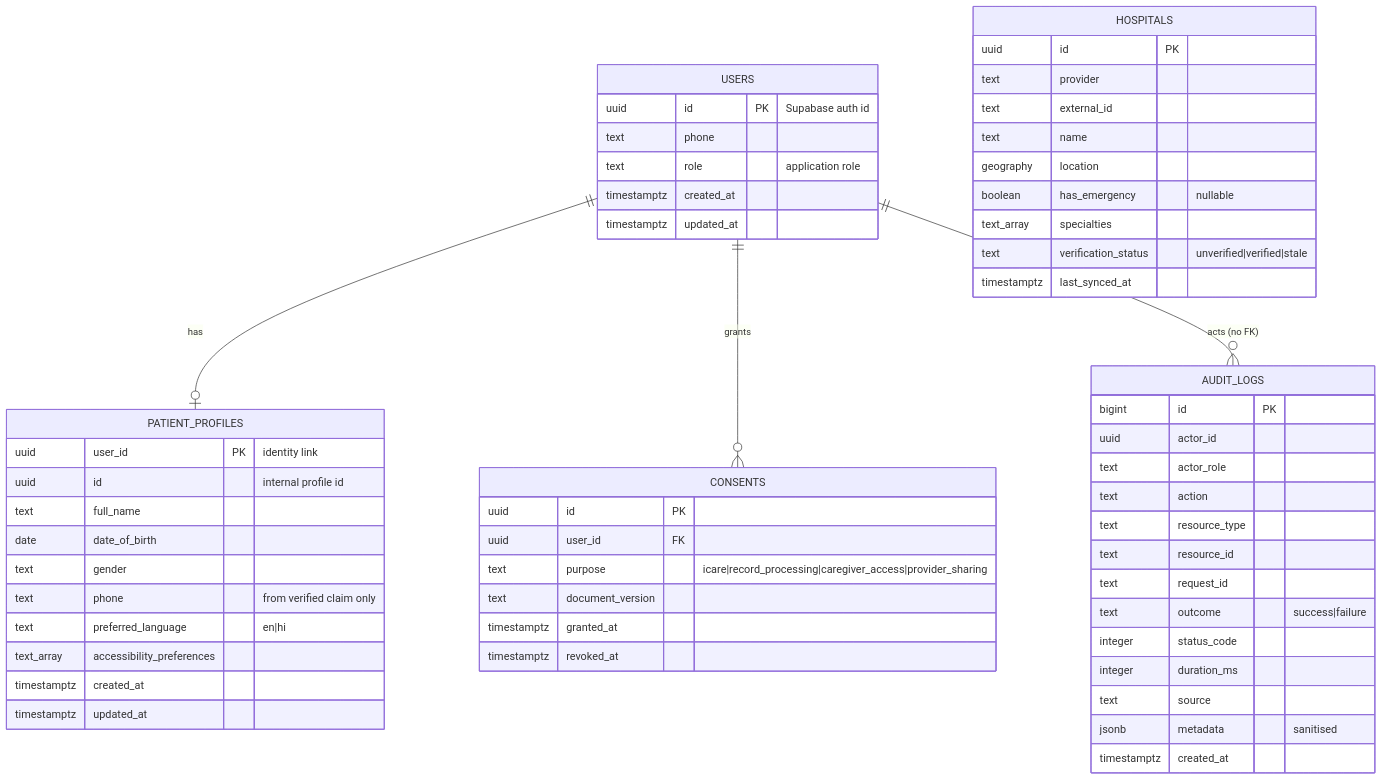
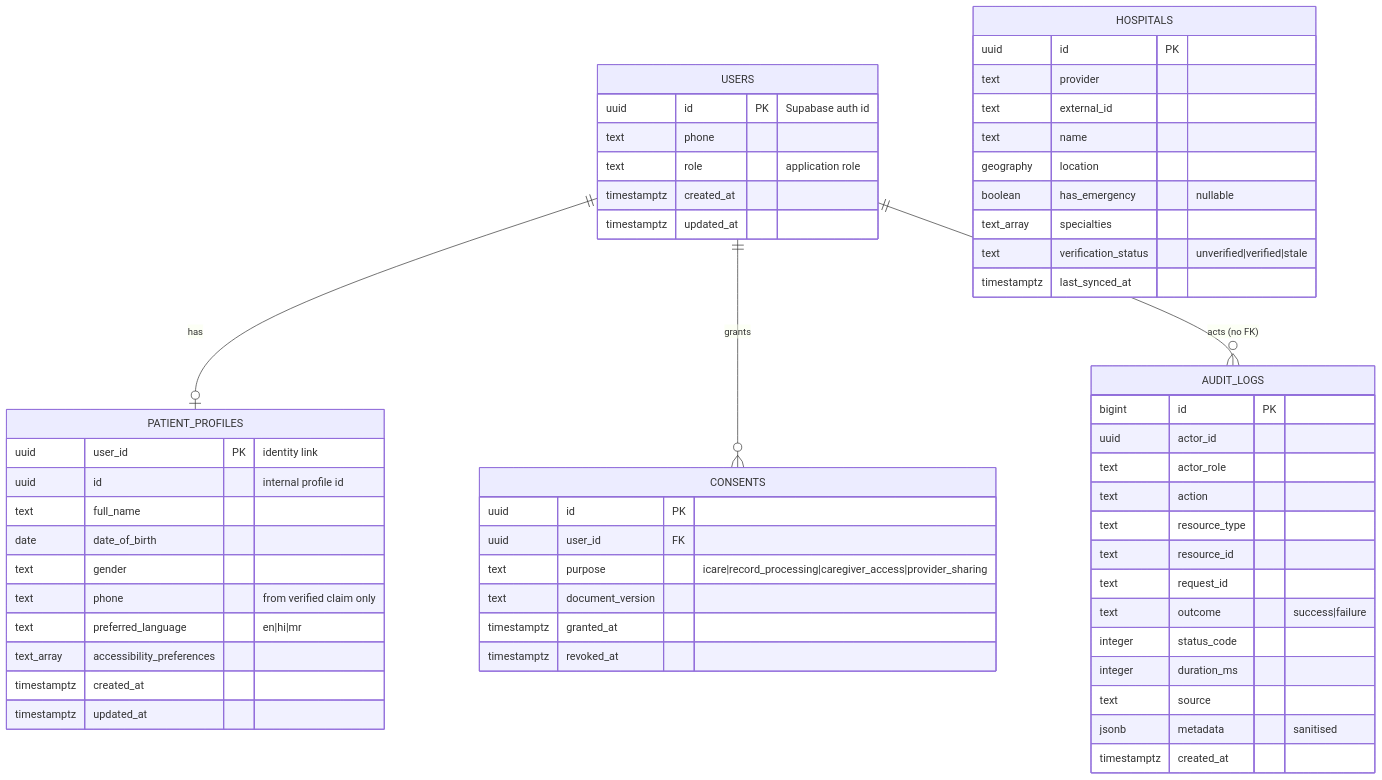
The diagram in database/diagrams/domain-map.md (rushabhbramhade/MediCare), drawn with Mermaid before and after one commit. The commit also changed 147 other files, not shown here.

````diff
--- a/database/diagrams/domain-map.md
+++ b/database/diagrams/domain-map.md
@@ -6,64 +6,64 @@
 ```mermaid
 erDiagram
     USERS ||--o| PATIENT_PROFILES : "has"
     USERS ||--o{ CONSENTS : "grants"
     USERS ||--o{ AUDIT_LOGS : "acts (no FK)"
 
     USERS {
         uuid id PK "Supabase auth id"
         text phone
         text role "application role"
         timestamptz created_at
         timestamptz updated_at
     }
 
     PATIENT_PROFILES {
         uuid user_id PK "identity link"
         uuid id "internal profile id"
         text full_name
         date date_of_birth
         text gender
         text phone "from verified claim only"
-        text preferred_language "en|hi"
+        text preferred_language "en|hi|mr"
         text_array accessibility_preferences
         timestamptz created_at
         timestamptz updated_at
     }
 
     CONSENTS {
         uuid id PK
         uuid user_id FK
         text purpose "icare|record_processing|caregiver_access|provider_sharing"
         text document_version
         timestamptz granted_at
         timestamptz revoked_at
     }
 
     AUDIT_LOGS {
         bigint id PK
         uuid actor_id
         text actor_role
         text action
         text resource_type
         text resource_id
         text request_id
         text outcome "success|failure"
         integer status_code
         integer duration_ms
         text source
         jsonb metadata "sanitised"
         timestamptz created_at
     }
 
     HOSPITALS {
         uuid id PK
         text provider
         text external_id
         text name
         geography location
         boolean has_emergency "nullable"
         text_array specialties
         text verification_status "unverified|verified|stale"
         timestamptz last_synced_at
     }
 ```
````
